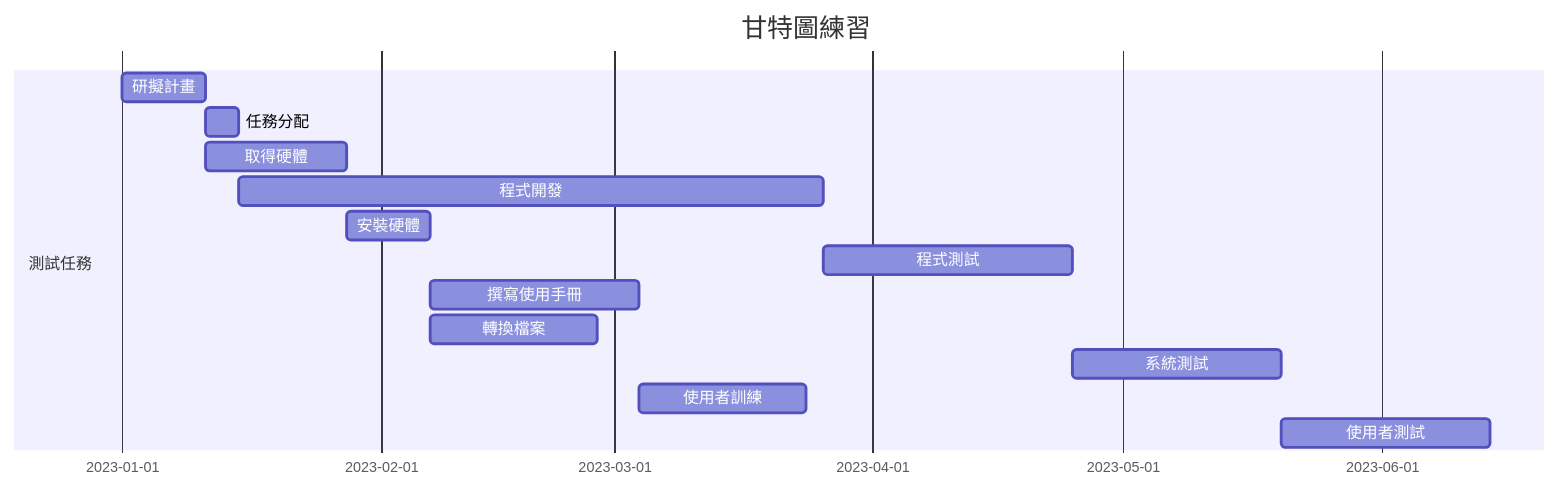
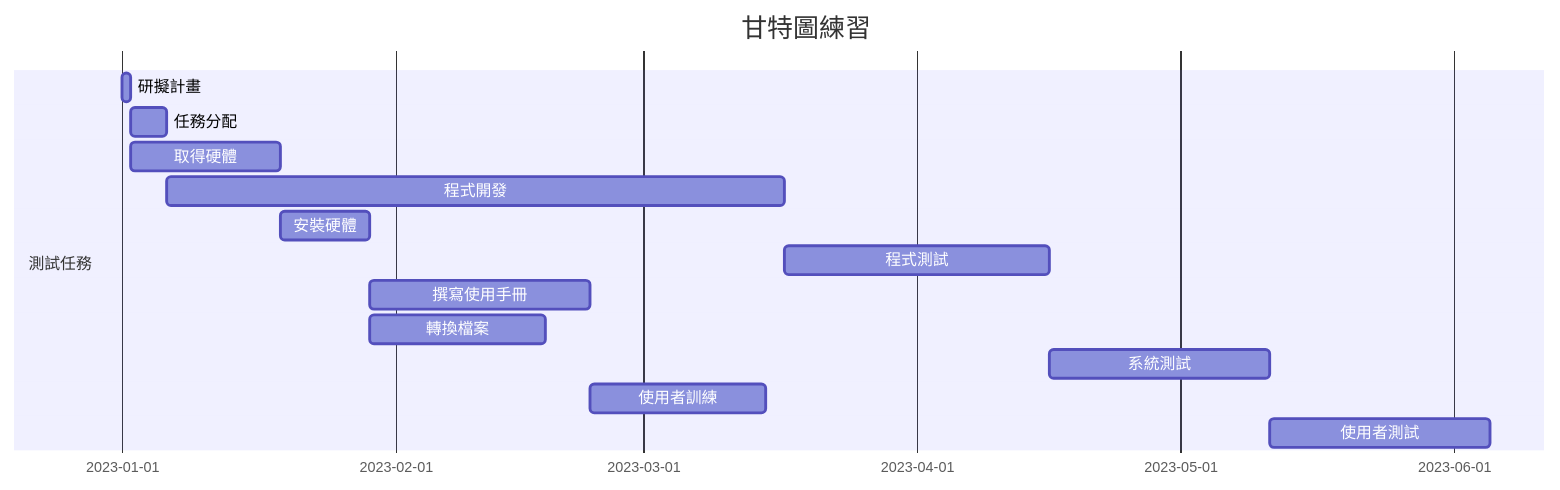
The diagram in hw2.md (Terbinm/23a), drawn with Mermaid before and after one commit. The commit also changed other lines of this file and 1 other file, not shown here.

````diff
--- a/hw2.md
+++ b/hw2.md
@@ -6,17 +6,17 @@
 ```mermaid
 gantt
     title 甘特圖練習
 
     section 測試任務
-    研擬計畫 : a1, 2023-01-01  , 10d
+    研擬計畫 : a1, 2023-01-01  , 1d
     任務分配 : a2, after a1  , 4d
     取得硬體 : a3, after a1  , 17d
     程式開發 : a4, after a2  , 70d
     安裝硬體 : a5, after a3  , 10d
     程式測試 : a6, after a4  , 30d
     撰寫使用手冊 : a7,after a5  , 25d
     轉換檔案 : a8,after a5  , 20d
     系統測試 : a9,after a6  , 25d
     使用者訓練 : a10,after a7  , 20d
     使用者測試 : a11,after a9  , 25d
 ```
````
